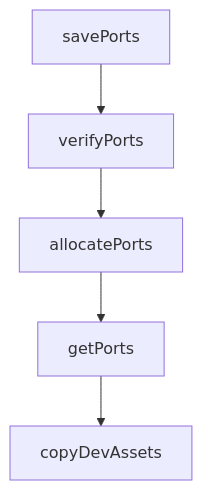
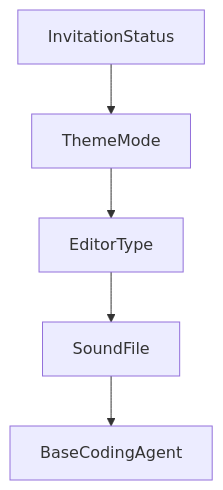
Before and after one commit to johnxie/awesome-code-docs: the diagram in tutorials/vibe-kanban-tutorial/02-orchestration-architecture.md, drawn with Mermaid. The commit also changed other lines of this file and 1232 other files, not shown here.

````diff
--- a/tutorials/vibe-kanban-tutorial/02-orchestration-architecture.md
+++ b/tutorials/vibe-kanban-tutorial/02-orchestration-architecture.md
@@ -218,12 +216,12 @@
 ```mermaid
 flowchart TD
-    A[savePorts]
-    B[verifyPorts]
-    C[allocatePorts]
-    D[getPorts]
-    E[copyDevAssets]
+    A[InvitationStatus]
+    B[ThemeMode]
+    C[EditorType]
+    D[SoundFile]
+    E[BaseCodingAgent]
     A --> B
     B --> C
     C --> D
     D --> E
 ```
````
